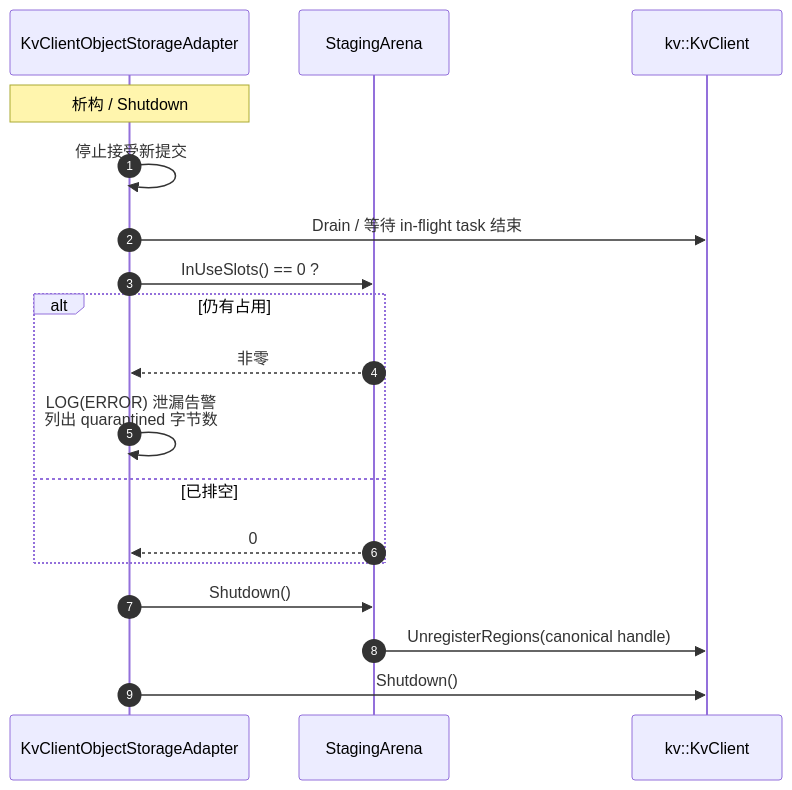
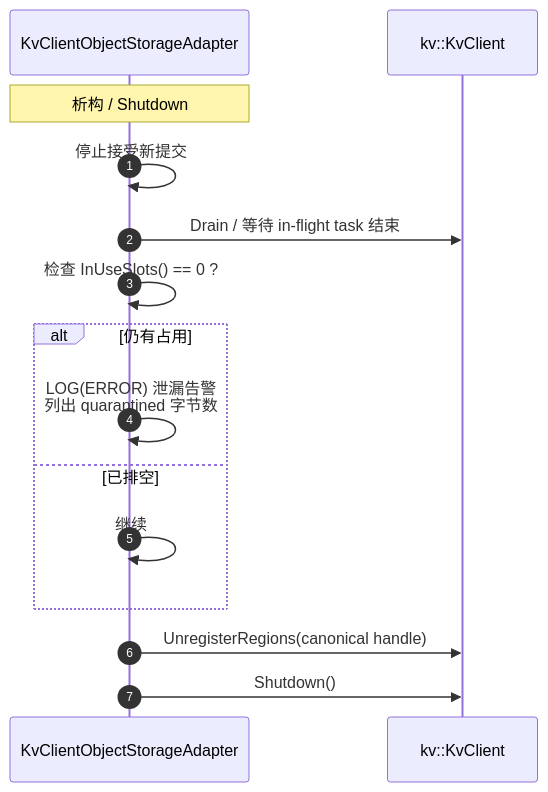
Diagram 13 of 13 in Mooncake + KVClient L3 接入（Kvcs）- v3.md (zwj20000328-dotcom/Mooncake-documents), drawn with Mermaid before and after one commit. The commit also changed other lines of this file, not shown here.

First line of the commit message:
docs: fold StagingArena into KvClientObjectStorageAdapter slot management

````diff
--- a/Mooncake + KVClient L3 接入（Kvcs）- v3.md
+++ b/Mooncake + KVClient L3 接入（Kvcs）- v3.md
@@ -780,21 +779,18 @@
 ```mermaid
 sequenceDiagram
     autonumber
     participant AD as KvClientObjectStorageAdapter
-    participant AR as StagingArena
     participant SDK as kv::KvClient
 
     Note over AD: 析构 / Shutdown
     AD->>AD: 停止接受新提交
     AD->>SDK: Drain / 等待 in-flight task 结束
-    AD->>AR: InUseSlots() == 0 ?
+    AD->>AD: 检查 InUseSlots() == 0 ?
     alt 仍有占用
-        AR-->>AD: 非零
         AD->>AD: LOG(ERROR) 泄漏告警<br/>列出 quarantined 字节数
     else 已排空
-        AR-->>AD: 0
+        AD->>AD: 继续
     end
-    AD->>AR: Shutdown()
-    AR->>SDK: UnregisterRegions(canonical handle)
+    AD->>SDK: UnregisterRegions(canonical handle)
     AD->>SDK: Shutdown()
 ```
````
